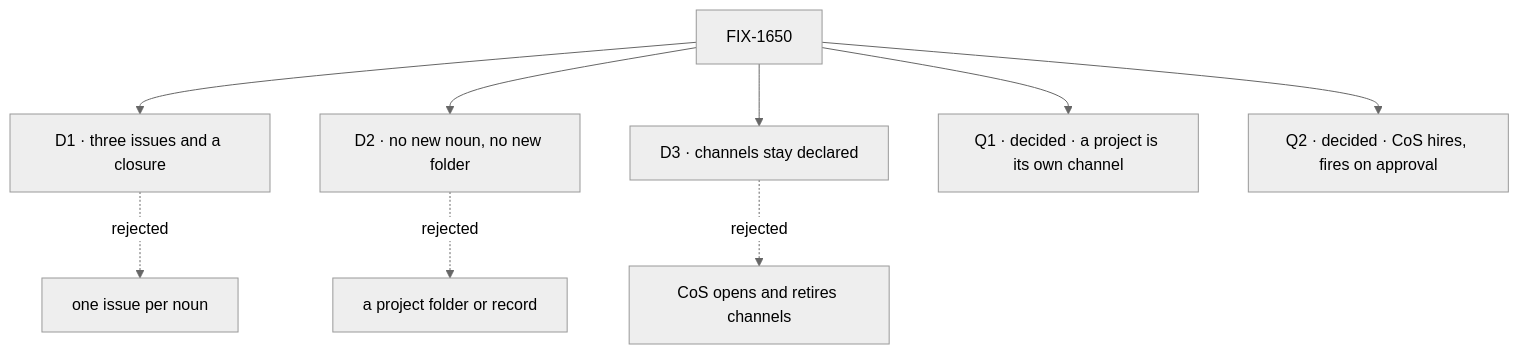
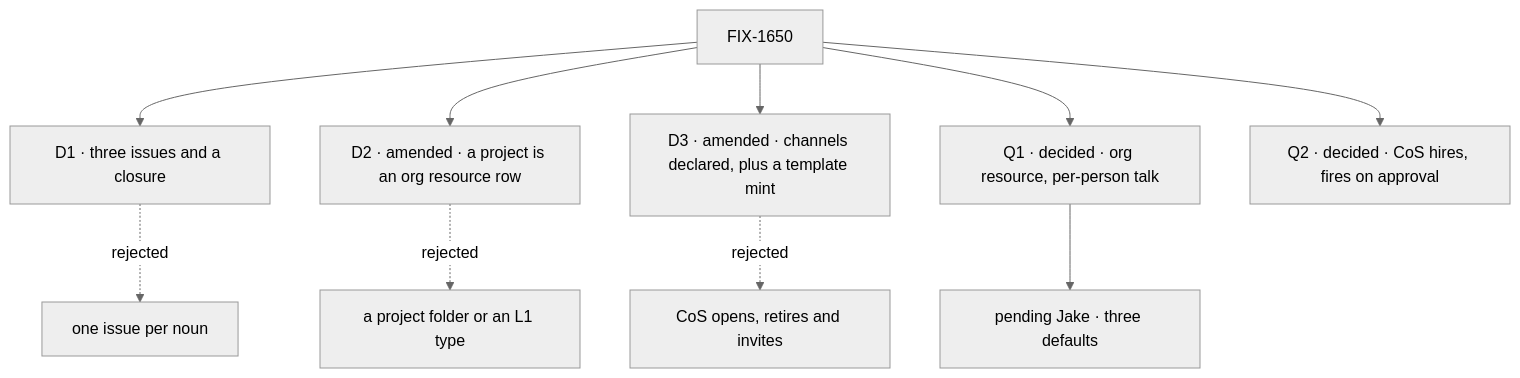
Before and after one commit to fixpoint-labs/flow-state-dev: the diagram in specs/epics/FIX-1650/DECISIONS.md, drawn with Mermaid (neutral theme). The commit also changed other lines of this file and 11 other files, not shown here.

First line of the commit message:
spec(epic): FIX-1650 amend — Q1: a project is an org resource with per-person talk channels

````diff
--- a/specs/epics/FIX-1650/DECISIONS.md
+++ b/specs/epics/FIX-1650/DECISIONS.md
@@ -14,11 +14,12 @@
 ```mermaid
 flowchart TD
   E["FIX-1650"] --> D1["D1 · three issues and a closure"]
   D1 -.->|"rejected"| X1["one issue per noun"]
-  E --> D2["D2 · no new noun, no new folder"]
-  D2 -.->|"rejected"| X2["a project folder or record"]
-  E --> D3["D3 · channels stay declared"]
-  D3 -.->|"rejected"| X3["CoS opens and retires channels"]
-  E --> Q1["Q1 · decided · a project is its own channel"]
+  E --> D2["D2 · amended · a project is an org resource row"]
+  D2 -.->|"rejected"| X2["a project folder or an L1 type"]
+  E --> D3["D3 · amended · channels declared, plus a template mint"]
+  D3 -.->|"rejected"| X3["CoS opens, retires and invites"]
+  E --> Q1["Q1 · decided · org resource, per-person talk"]
+  Q1 --> P["pending Jake · three defaults"]
   E --> Q2["Q2 · decided · CoS hires, fires on approval"]
 ```
````
